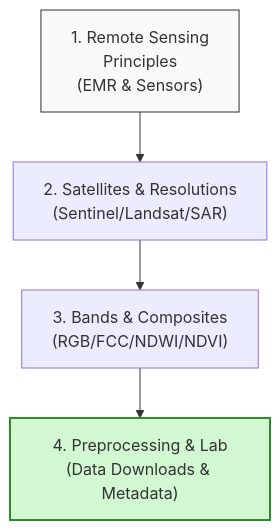
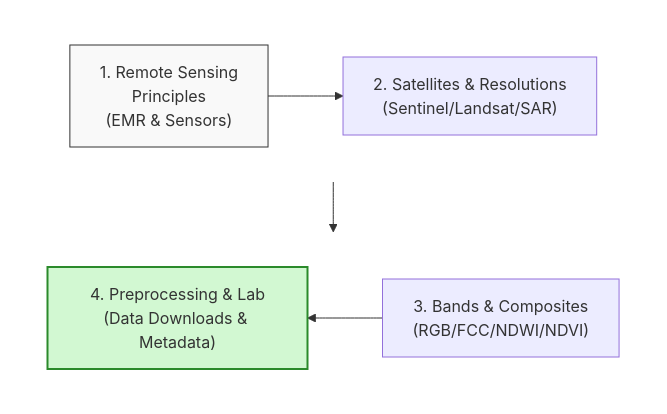
Before and after one commit to Rotten-Grapes-Pvt-Ltd/QGIS-WECS: the diagram in docs/day2/index.md, drawn with Mermaid. The commit also changed 5 other files, not shown here.

Commit message:
Refactor learning roadmaps on Days 1-5 to a compact grid-based snake flow

````diff
--- a/docs/day2/index.md
+++ b/docs/day2/index.md
@@ -28,9 +28,17 @@
 ```mermaid
-graph TD
-    A["1. Remote Sensing<br/>Principles<br/>(EMR & Sensors)"] --> B["2. Satellites & Resolutions<br/>(Sentinel/Landsat/SAR)"]
-    B --> C["3. Bands & Composites<br/>(RGB/FCC/NDWI/NDVI)"]
-    C --> D["4. Preprocessing & Lab<br/>(Data Downloads & Metadata)"]
+flowchart TD
+    subgraph Row1 [" "]
+        direction LR
+        A["1. Remote Sensing<br/>Principles<br/>(EMR & Sensors)"] --> B["2. Satellites & Resolutions<br/>(Sentinel/Landsat/SAR)"]
+    end
+    subgraph Row2 [" "]
+        direction RL
+        C["3. Bands & Composites<br/>(RGB/FCC/NDWI/NDVI)"] --> D["4. Preprocessing & Lab<br/>(Data Downloads & Metadata)"]
+    end
+    B --> C
     
     style A fill:#f9f9f9,stroke:#333
     style D fill:#d2f8d2,stroke:#2b8a2b,stroke-width:2px
+    style Row1 fill:none,stroke:none,stroke-width:0px
+    style Row2 fill:none,stroke:none,stroke-width:0px
 ```
````
